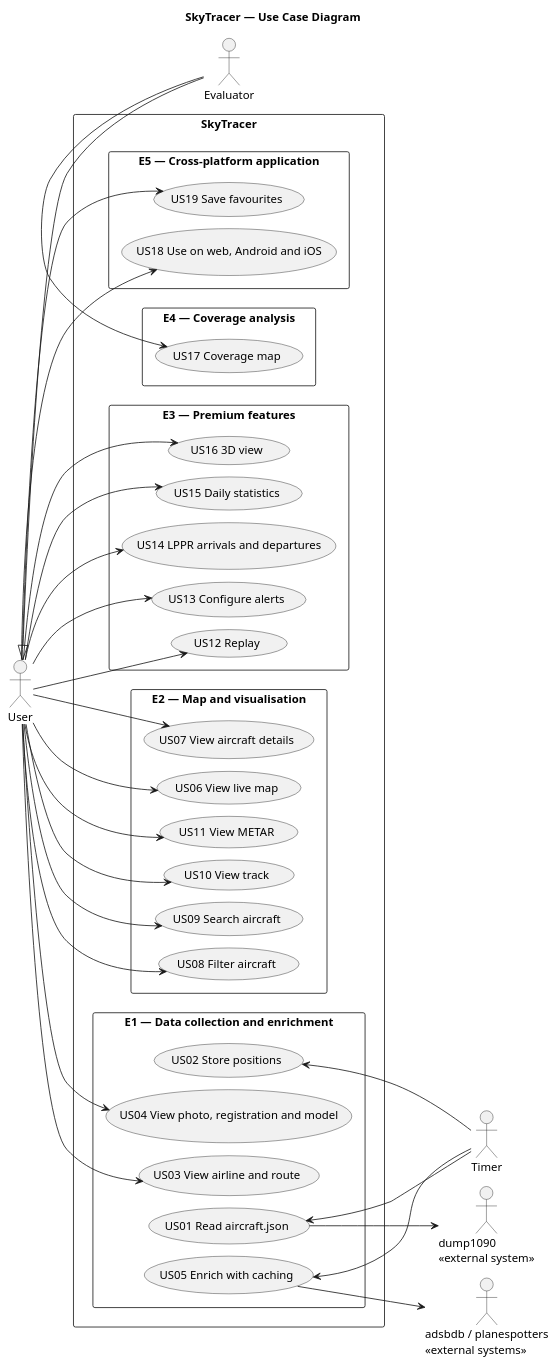
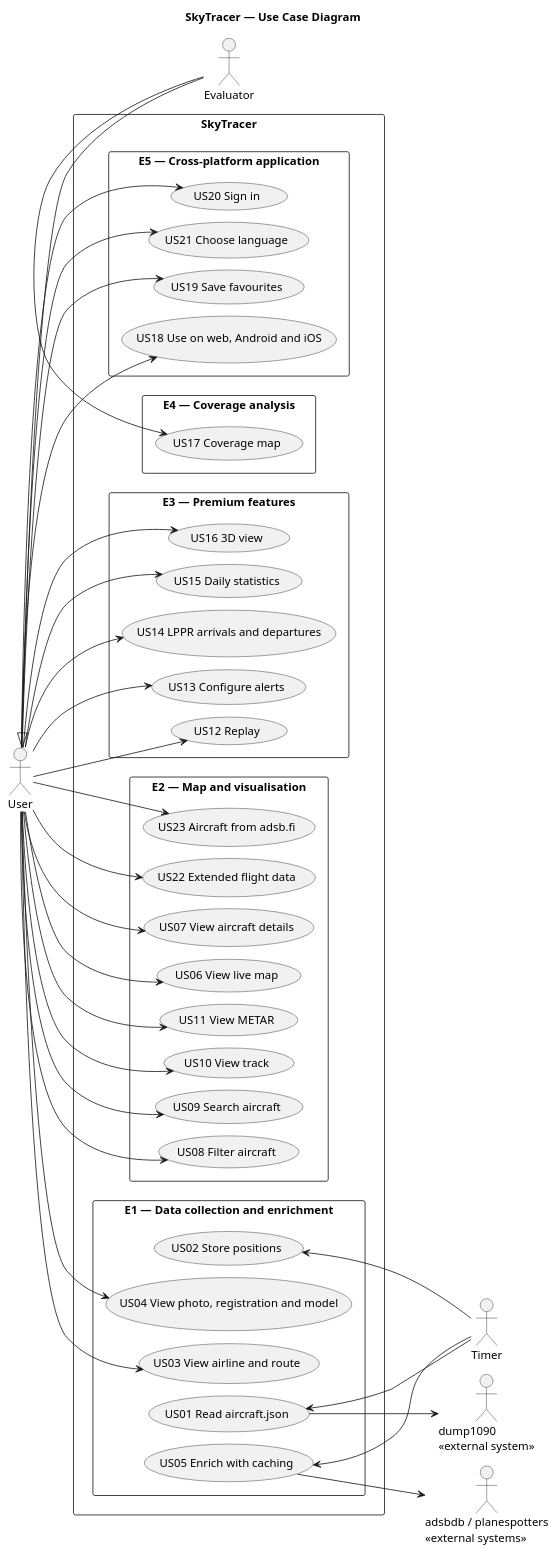
Before and after one commit to miguelsiilva1/SkyTracer: the diagram in docs/system-documentation/use-cases/UCD/puml/use_case_diagram.puml, drawn with PlantUML. The commit also changed 15 other files, not shown here.

```diff
--- a/docs/system-documentation/use-cases/UCD/puml/use_case_diagram.puml
+++ b/docs/system-documentation/use-cases/UCD/puml/use_case_diagram.puml
@@ -1,78 +1,86 @@
 @startuml use_case_diagram
 left to right direction
 skinparam shadowing false
 skinparam packageStyle rectangle
 skinparam nodesep 15
 skinparam ranksep 90
 
 title SkyTracer — Use Case Diagram
 
 ' Declaration order is tuned so that Graphviz renders epics and
 ' use cases top-down in numerical order. Re-check the SVG after
 ' adding or reordering elements.
 
 actor "Evaluator" as A
 actor "User" as U
 U <|-- A
 
 rectangle "SkyTracer" {
   package "E5 — Cross-platform application" {
+    usecase "US20 Sign in" as UC20
+    usecase "US21 Choose language" as UC21
     usecase "US19 Save favourites" as UC19
     usecase "US18 Use on web, Android and iOS" as UC18
   }
   package "E4 — Coverage analysis" {
     usecase "US17 Coverage map" as UC17
   }
   package "E3 — Premium features" {
     usecase "US16 3D view" as UC16
     usecase "US15 Daily statistics" as UC15
     usecase "US14 LPPR arrivals and departures" as UC14
     usecase "US13 Configure alerts" as UC13
     usecase "US12 Replay" as UC12
   }
   package "E2 — Map and visualisation" {
+    usecase "US23 Aircraft from adsb.fi" as UC23
+    usecase "US22 Extended flight data" as UC22
     usecase "US07 View aircraft details" as UC07
     usecase "US06 View live map" as UC06
     usecase "US11 View METAR" as UC11
     usecase "US10 View track" as UC10
     usecase "US09 Search aircraft" as UC09
     usecase "US08 Filter aircraft" as UC08
   }
   package "E1 — Data collection and enrichment" {
     usecase "US01 Read aircraft.json" as UC01
     usecase "US03 View airline and route" as UC03
     usecase "US04 View photo, registration and model" as UC04
     usecase "US02 Store positions" as UC02
     usecase "US05 Enrich with caching" as UC05
   }
 }
 
 actor "adsbdb / planespotters\n<<external systems>>" as E
 actor "Timer" as T
 actor "dump1090\n<<external system>>" as D
 
 ' Primary actors
 A --> UC17
+U --> UC20
+U --> UC21
+U --> UC22
+U --> UC23
 U --> UC19
 U --> UC18
 U --> UC16
 U --> UC15
 U --> UC14
 U --> UC13
 U --> UC12
 U --> UC11
 U --> UC10
 U --> UC09
 U --> UC08
 U --> UC07
 U --> UC06
 U --> UC04
 U --> UC03
 
 ' Automatic use cases and secondary actors
 UC05 --> E
 UC05 <-- T
 UC02 <-- T
 UC01 <-- T
 UC01 --> D
 @enduml
```
